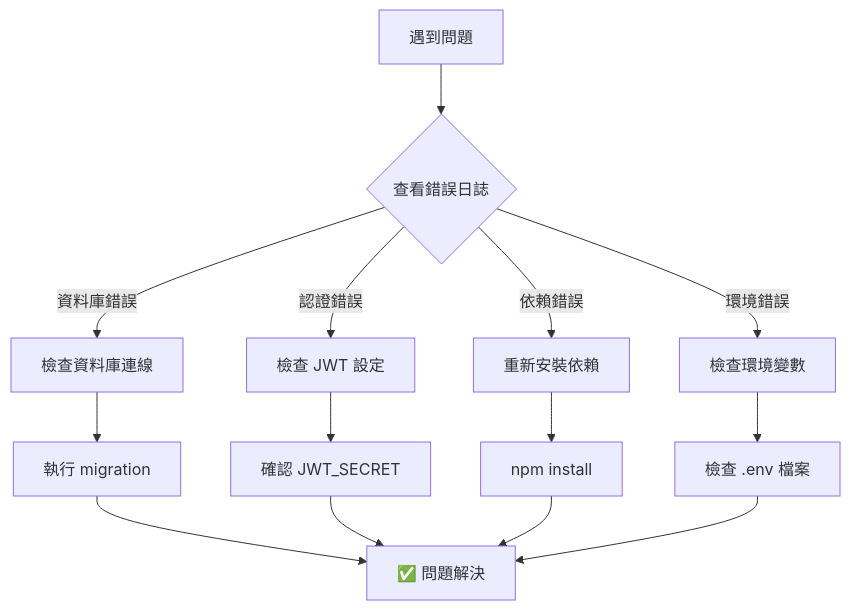
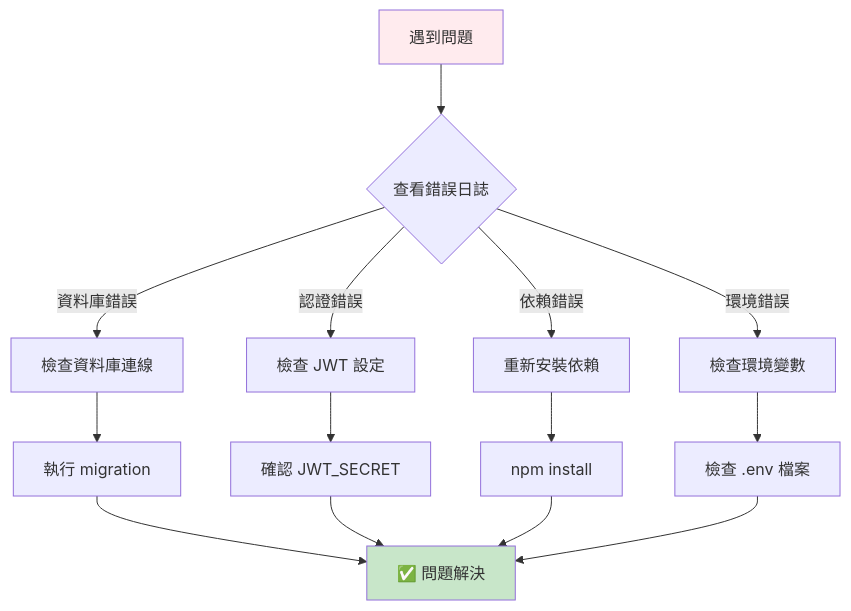
One commit to tboydar/service-booking-api changed diagram 20 of 22 in README.md. Above: the diagram before and after it, drawn with Mermaid. The commit also changed other lines of this file and 11 other files, not shown here.

````diff
--- a/README.md
+++ b/README.md
@@ -1452,20 +1304,22 @@
 ```mermaid
 flowchart TD
     Start[遇到問題] --> CheckLogs{查看錯誤日誌}
 
     CheckLogs -->|資料庫錯誤| DBIssue[檢查資料庫連線]
     CheckLogs -->|認證錯誤| AuthIssue[檢查 JWT 設定]
     CheckLogs -->|依賴錯誤| DepIssue[重新安裝依賴]
     CheckLogs -->|環境錯誤| EnvIssue[檢查環境變數]
 
     DBIssue --> RunMigration[執行 migration]
     AuthIssue --> CheckSecret[確認 JWT_SECRET]
     DepIssue --> NpmInstall[npm install]
     EnvIssue --> CheckEnv[檢查 .env 檔案]
 
     RunMigration --> Solved[✅ 問題解決]
     CheckSecret --> Solved
     NpmInstall --> Solved
     CheckEnv --> Solved
 
+    style Start fill:#ffebee
+    style Solved fill:#c8e6c9
 ```
````
